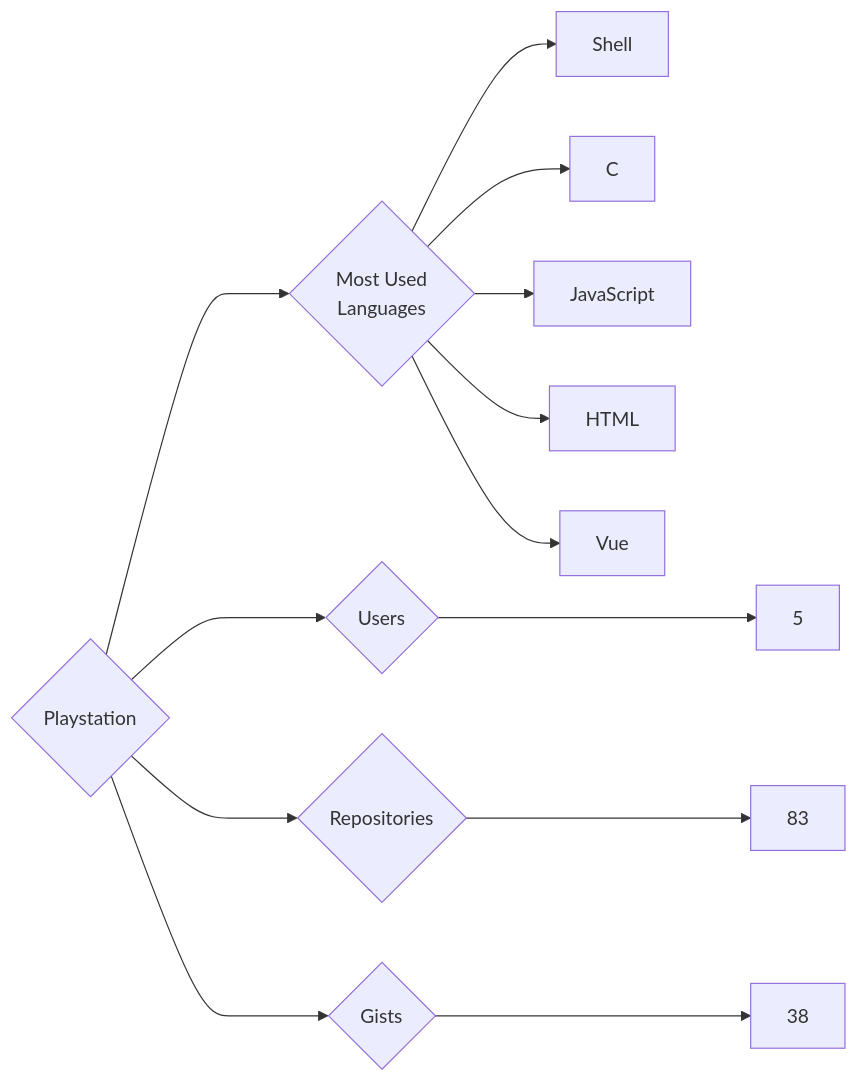
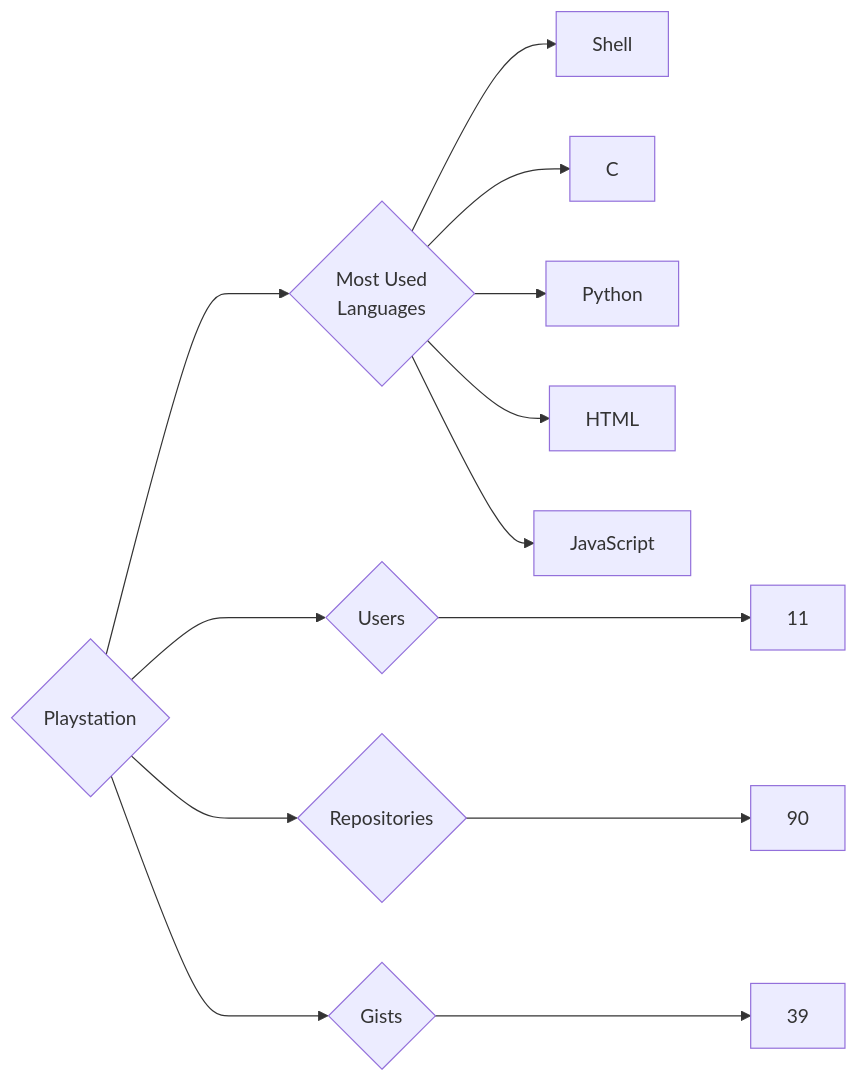
One commit to trickest/insiders changed the diagram in targets/Playstation/README.md. Above: the diagram before and after it, drawn with Mermaid. The commit also changed 1696 other files, not shown here.

````diff
--- a/targets/Playstation/README.md
+++ b/targets/Playstation/README.md
@@ -3,13 +3,13 @@
 ```mermaid
 graph LR
 COMPANY_NAME{Playstation}
-COMPANY_NAME ---> U{Users} ---> UN[5]
-COMPANY_NAME ---> R{Repositories} ---> RN[83]
-COMPANY_NAME ---> G{Gists} ---> GN[38]
+COMPANY_NAME ---> U{Users} ---> UN[11]
+COMPANY_NAME ---> R{Repositories} ---> RN[90]
+COMPANY_NAME ---> G{Gists} ---> GN[39]
 COMPANY_NAME ---> ML{Most Used<br>Languages}
 ML --> Shell[Shell]
 ML --> C[C]
+ML --> Python[Python]
+ML --> HTML[HTML]
 ML --> JavaScript[JavaScript]
-ML --> HTML[HTML]
-ML --> Vue[Vue]
 ```
````
